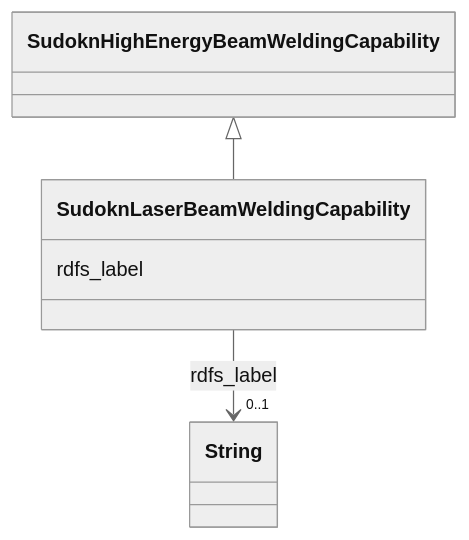
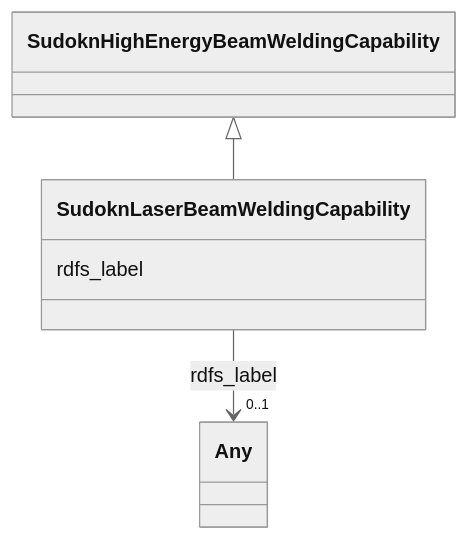
Before and after one commit to frink-okn/graph-descriptions: the diagram in sudokn-kg/classes/SudoknLaserBeamWeldingCapability.md, drawn with Mermaid (neutral theme). The commit also changed other lines of this file and 903 other files, not shown here.

````diff
--- a/sudokn-kg/classes/SudoknLaserBeamWeldingCapability.md
+++ b/sudokn-kg/classes/SudoknLaserBeamWeldingCapability.md
@@ -23,18 +16,18 @@
 ```mermaid
  classDiagram
     class SudoknLaserBeamWeldingCapability
     click SudoknLaserBeamWeldingCapability href "../SudoknLaserBeamWeldingCapability"
       SudoknHighEnergyBeamWeldingCapability <|-- SudoknLaserBeamWeldingCapability
         click SudoknHighEnergyBeamWeldingCapability href "../SudoknHighEnergyBeamWeldingCapability"
       
       SudoknLaserBeamWeldingCapability : rdfs_label
         
           
     
     
-    SudoknLaserBeamWeldingCapability --> "0..1" String : rdfs_label
-    click String href "../String"
+    SudoknLaserBeamWeldingCapability --> "0..1" Any : rdfs_label
+    click Any href "../Any"
 
         
       
 ```
````
